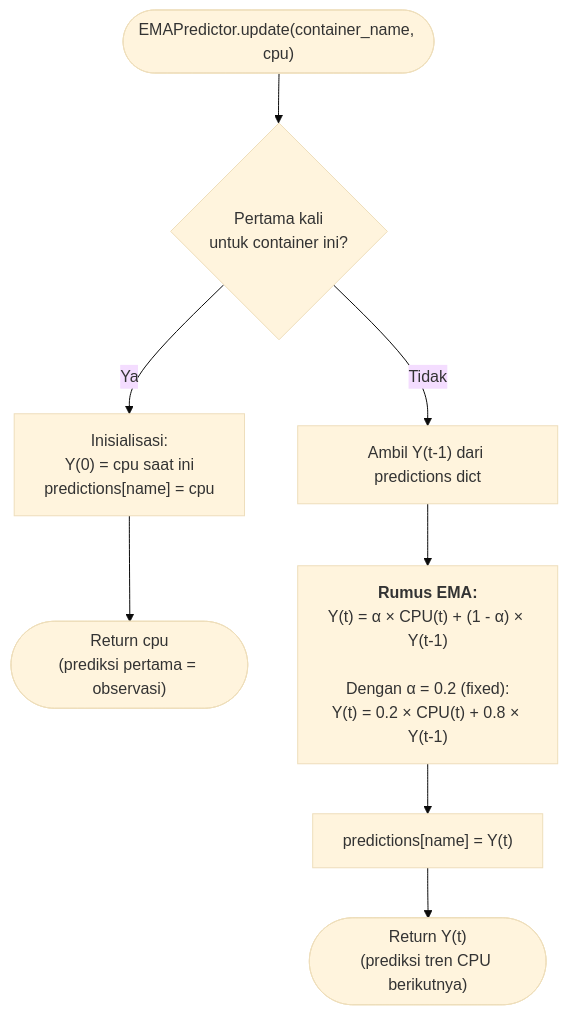
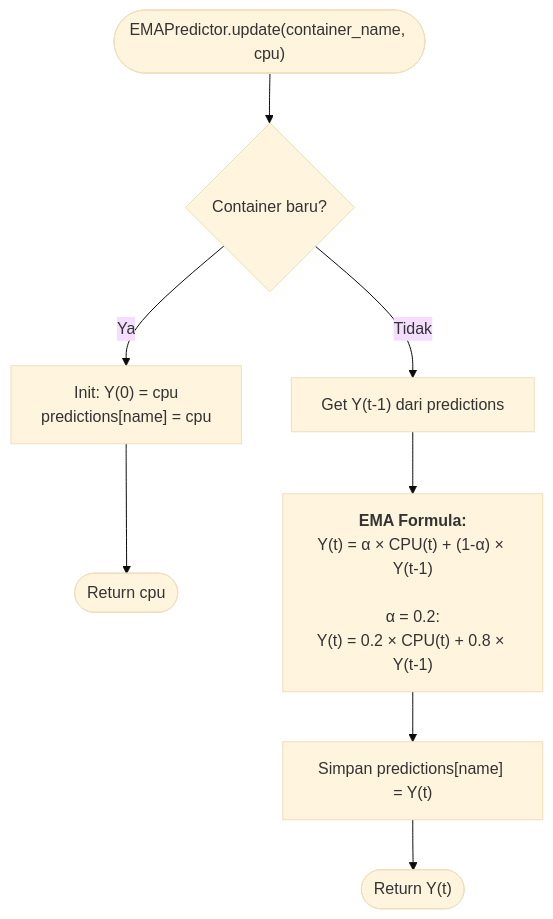
Before and after one commit to fauzanreza/green-container-framework: the first of 4 diagrams in architecture-diagrams/layer-3-control/03_ema_predictor.md, drawn with Mermaid (base theme). The commit also changed other lines of this file and 13 other files, not shown here.

Commit message:
edit fitur, menambahkan Architecture Diagram

````diff
--- a/architecture-diagrams/layer-3-control/03_ema_predictor.md
+++ b/architecture-diagrams/layer-3-control/03_ema_predictor.md
@@ -9,24 +9,24 @@
 ```mermaid
 flowchart TD
     START(["EMAPredictor.update(container_name, cpu)"])
 
-    FIRST{"Pertama kali<br/>untuk container ini?"}
-    INIT["Inisialisasi:<br/>Y(0) = cpu saat ini<br/>predictions[name] = cpu"]
-    RETURN_INIT(["Return cpu<br/>(prediksi pertama = observasi)"])
+    FIRST{"Container baru?"}
+    INIT["Init: Y(0) = cpu<br/>predictions[name] = cpu"]
+    RETURN_INIT(["Return cpu"])
 
-    GET_PREV["Ambil Y(t-1) dari predictions dict"]
+    GET_PREV["Get Y(t-1) dari predictions"]
 
-    CALC["<b>Rumus EMA:</b><br/>Y(t) = α × CPU(t) + (1 - α) × Y(t-1)<br/><br/>Dengan α = 0.2 (fixed):<br/>Y(t) = 0.2 × CPU(t) + 0.8 × Y(t-1)"]
+    CALC["<b>EMA Formula:</b><br/>Y(t) = α × CPU(t) + (1-α) × Y(t-1)<br/><br/>α = 0.2:<br/>Y(t) = 0.2 × CPU(t) + 0.8 × Y(t-1)"]
 
-    SAVE["predictions[name] = Y(t)"]
+    SAVE["Simpan predictions[name] = Y(t)"]
 
-    RETURN(["Return Y(t)<br/>(prediksi tren CPU berikutnya)"])
+    RETURN(["Return Y(t)"])
 
     START --> FIRST
     FIRST -->|Ya| INIT
     INIT --> RETURN_INIT
     FIRST -->|Tidak| GET_PREV
     GET_PREV --> CALC
     CALC --> SAVE
     SAVE --> RETURN
 ```
````
